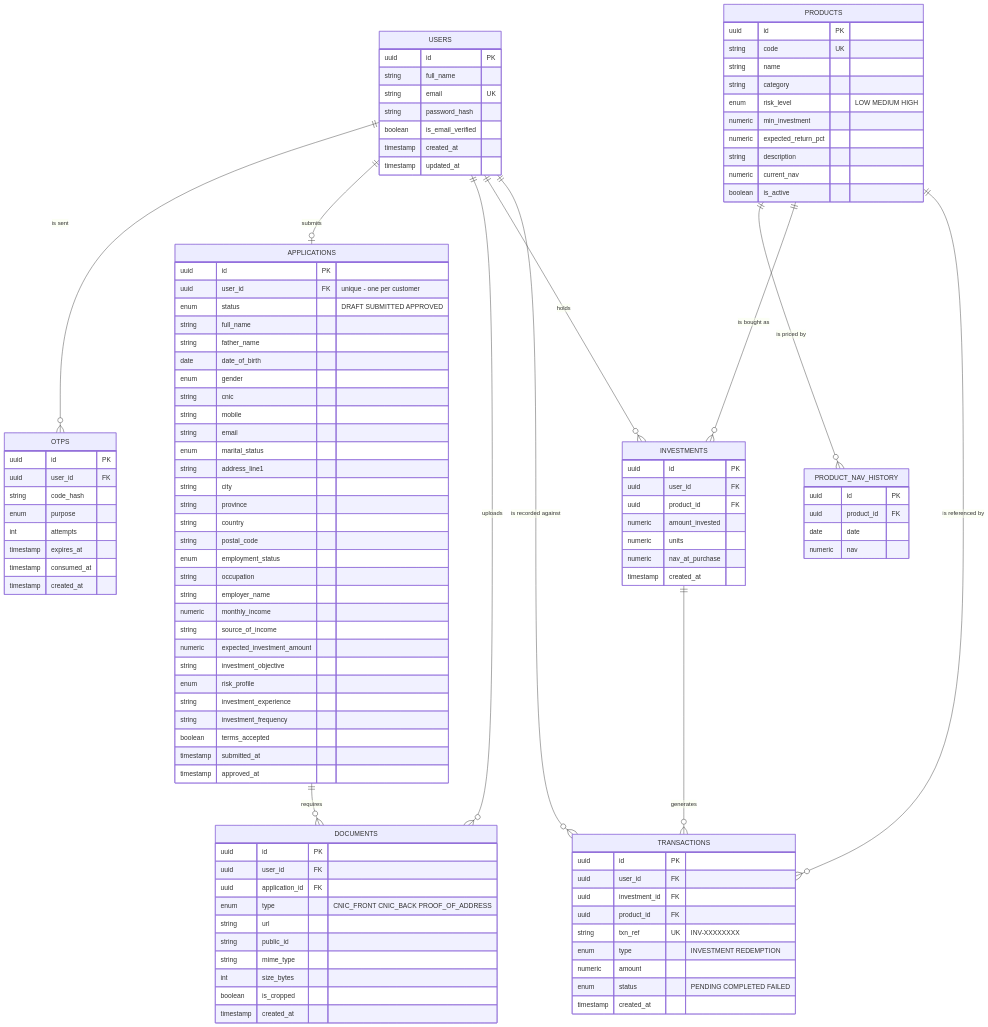
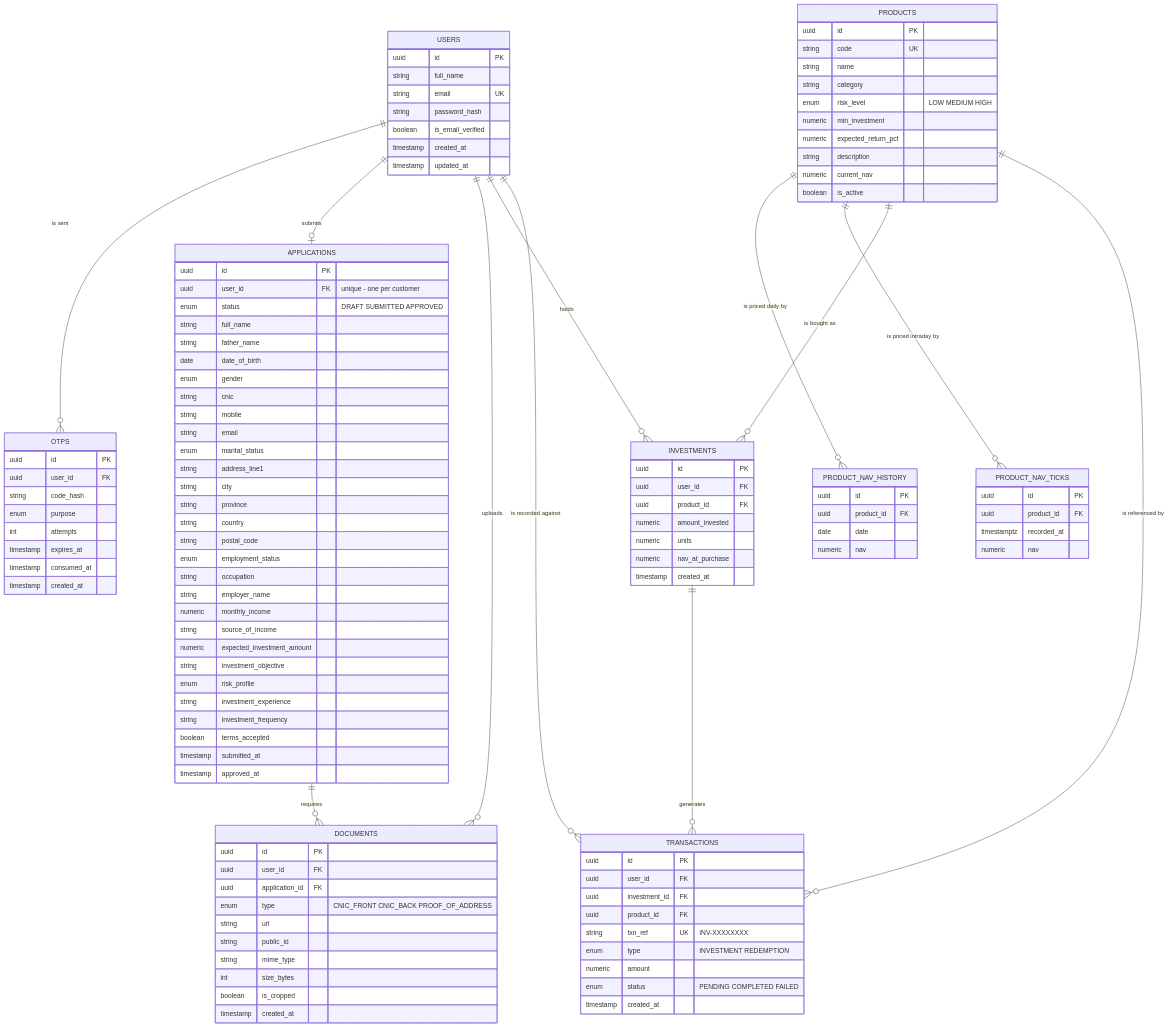
The diagram in README.md (hasanali042133/-functional-InvestmentWeb-Portal-), drawn with Mermaid before and after one commit. The commit also changed other lines of this file, not shown here.

```diff
--- a/README.md
+++ b/README.md
@@ -67,7 +68,8 @@
     USERS ||--o{ INVESTMENTS : "holds"
     USERS ||--o{ TRANSACTIONS : "is recorded against"
     APPLICATIONS ||--o{ DOCUMENTS : "requires"
-    PRODUCTS ||--o{ PRODUCT_NAV_HISTORY : "is priced by"
+    PRODUCTS ||--o{ PRODUCT_NAV_HISTORY : "is priced daily by"
+    PRODUCTS ||--o{ PRODUCT_NAV_TICKS : "is priced intraday by"
     PRODUCTS ||--o{ INVESTMENTS : "is bought as"
     PRODUCTS ||--o{ TRANSACTIONS : "is referenced by"
     INVESTMENTS ||--o{ TRANSACTIONS : "generates"
@@ -158,6 +160,13 @@
         numeric nav
     }
 
+    PRODUCT_NAV_TICKS {
+        uuid id PK
+        uuid product_id FK
+        timestamptz recorded_at
+        numeric nav
+    }
+
     INVESTMENTS {
         uuid id PK
         uuid user_id FK
```
